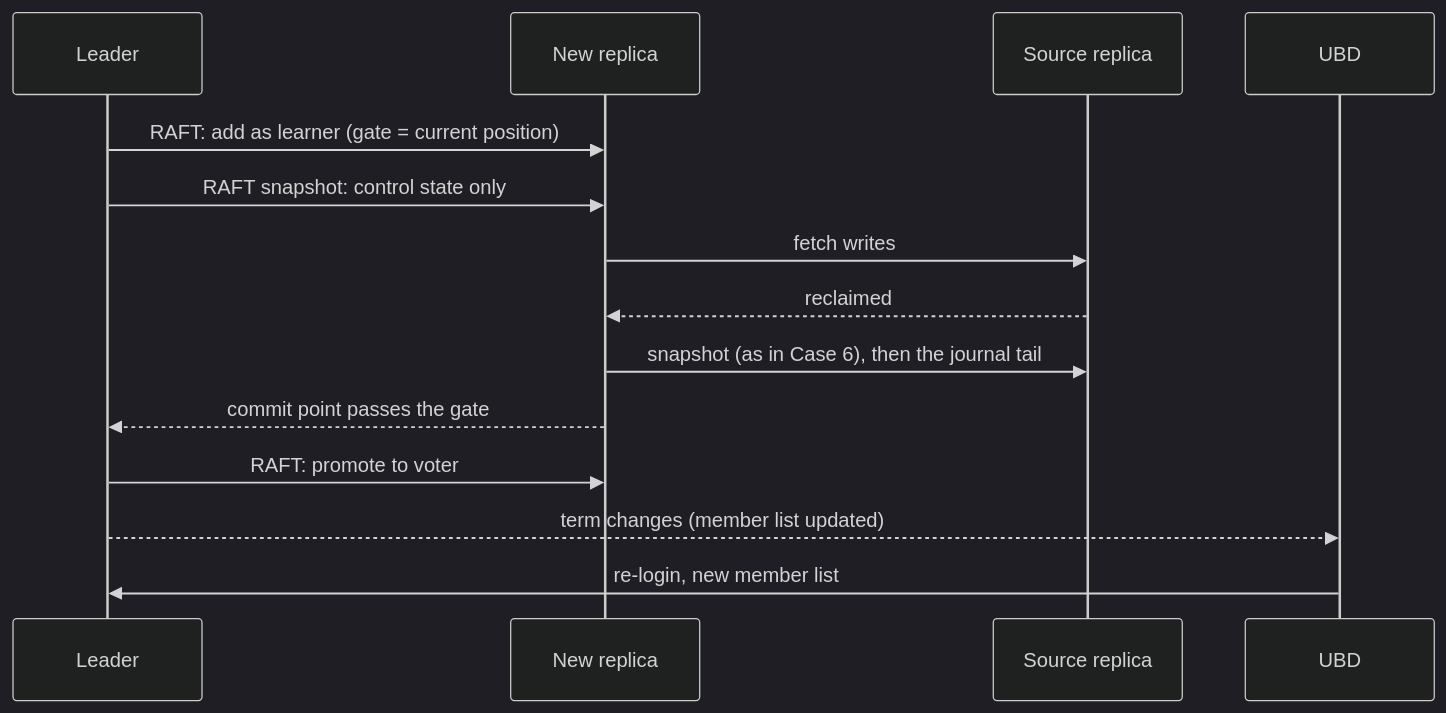
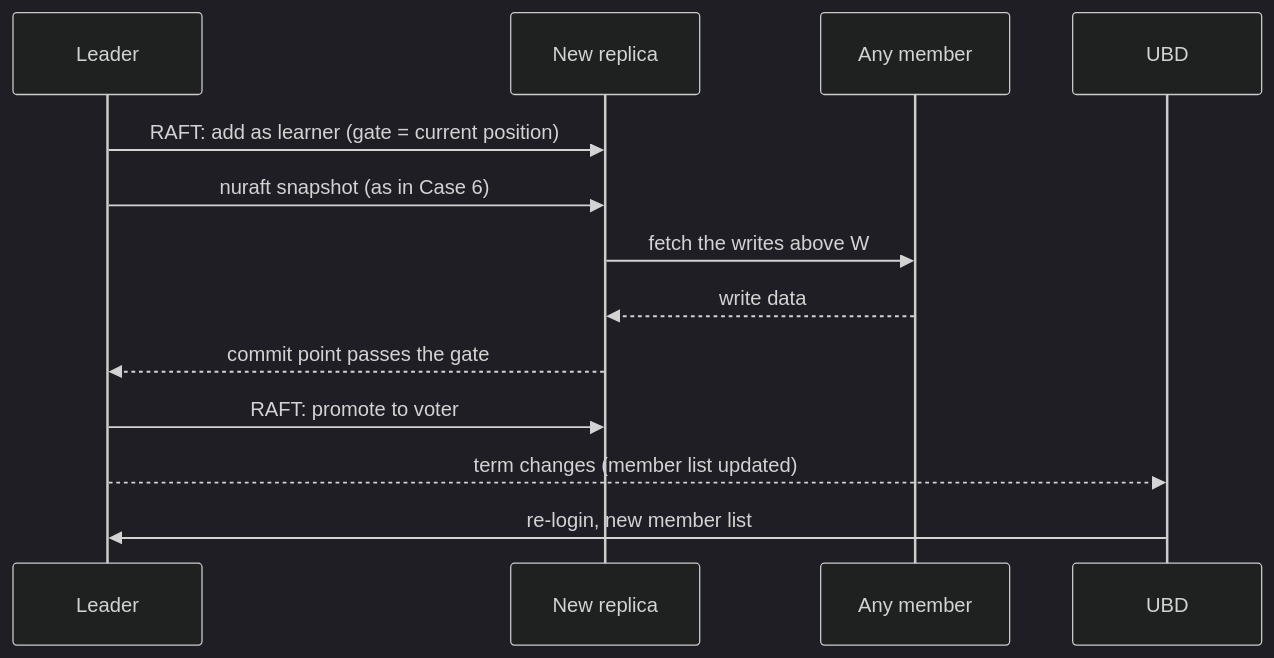
The seventh of 9 diagrams in docs/craft/resync.md (eBay/HomeBlocks), drawn with Mermaid (dark theme) before and after one commit. The commit also changed other lines of this file and 3 other files, not shown here.

````diff
--- a/docs/craft/resync.md
+++ b/docs/craft/resync.md
@@ -410,16 +402,15 @@
 ```mermaid
 sequenceDiagram
     participant L as Leader
     participant N as New replica
-    participant S as Source replica
+    participant P as Any member
     participant C as UBD
     L->>N: RAFT: add as learner (gate = current position)
-    L->>N: RAFT snapshot: control state only
-    N->>S: fetch writes
-    S-->>N: reclaimed
-    N->>S: snapshot (as in Case 6), then the journal tail
+    L->>N: nuraft snapshot (as in Case 6)
+    N->>P: fetch the writes above W
+    P-->>N: write data
     N-->>L: commit point passes the gate
     L->>N: RAFT: promote to voter
     L-->>C: term changes (member list updated)
     C->>L: re-login, new member list
 ```
````
